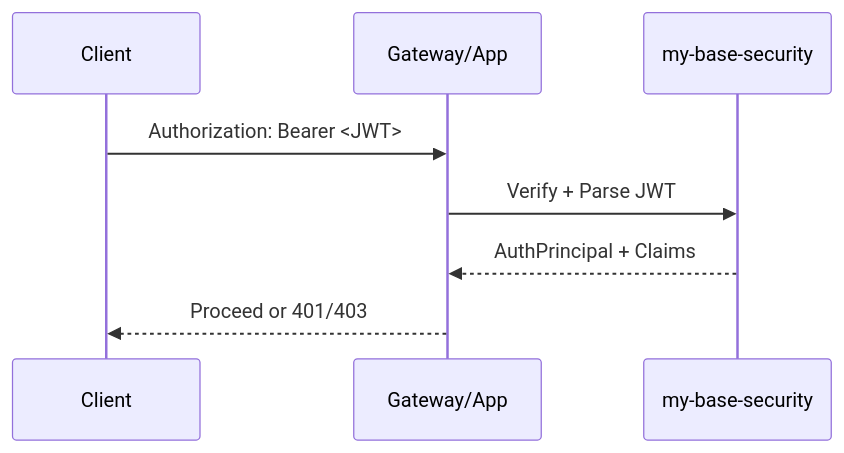
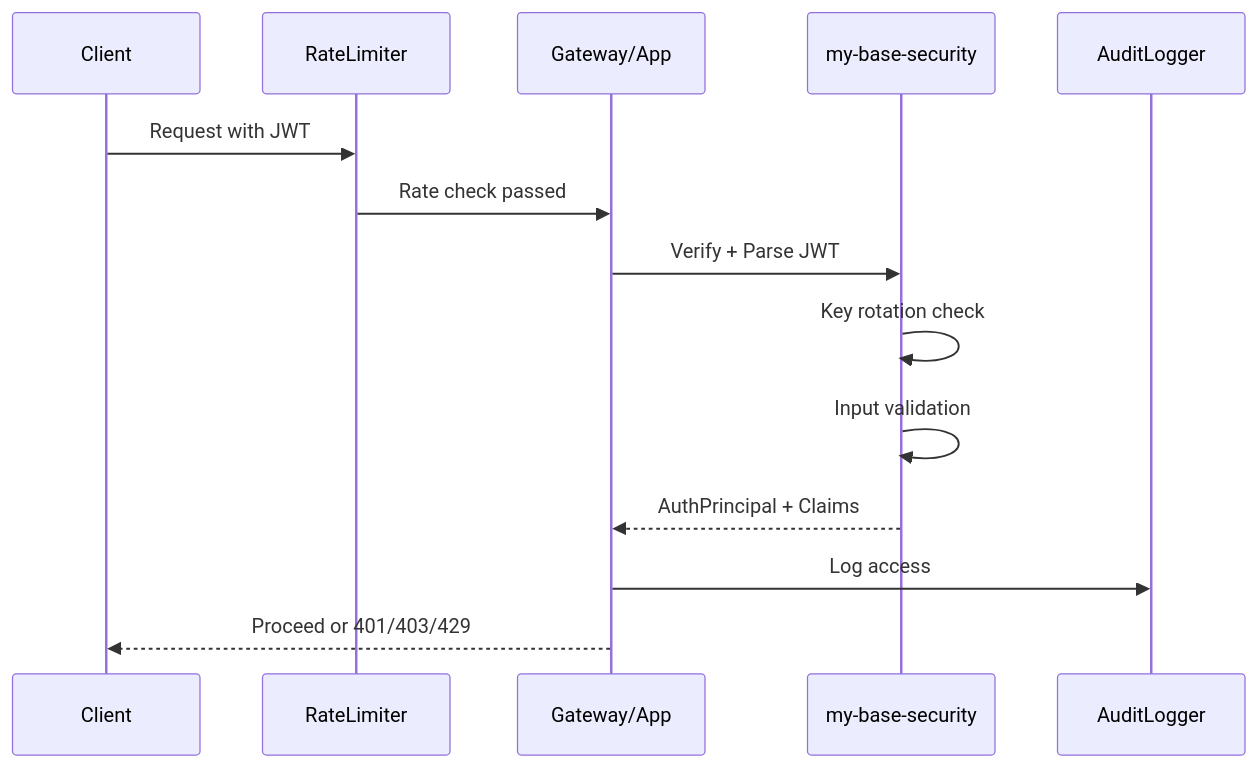
The diagram in plan/plan-my-base-security.md (tmshoangnam/code-base-java), drawn with Mermaid before and after one commit. The commit also changed other lines of this file and 4 other files, not shown here.

Commit message:
Enhance documentation for enterprise-grade features across core, security, cache, and observability modules. Include detailed objectives, architecture, setup steps, and best practices for each component, ensuring a comprehensive guide for developers.

````diff
--- a/plan/plan-my-base-security.md
+++ b/plan/plan-my-base-security.md
@@ -13,10 +23,17 @@
 ```mermaid
 sequenceDiagram
   participant Client
+  participant RateLimiter
   participant Gateway/App
   participant SecurityLib as my-base-security
-  Client->>Gateway/App: Authorization: Bearer <JWT>
+  participant AuditLogger
+  
+  Client->>RateLimiter: Request with JWT
+  RateLimiter->>Gateway/App: Rate check passed
   Gateway/App->>SecurityLib: Verify + Parse JWT
+  SecurityLib->>SecurityLib: Key rotation check
+  SecurityLib->>SecurityLib: Input validation
   SecurityLib-->>Gateway/App: AuthPrincipal + Claims
-  Gateway/App-->>Client: Proceed or 401/403
+  Gateway/App->>AuditLogger: Log access
+  Gateway/App-->>Client: Proceed or 401/403/429
 ```
````
